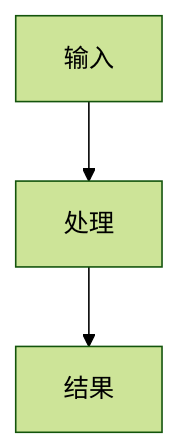
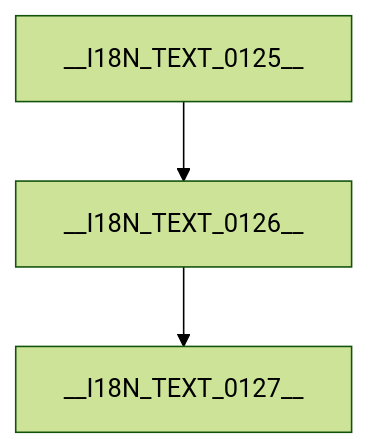
The diagram in templates/genernal_template/index.md (clawpage/clawpage-skill), drawn with Mermaid (forest theme) before and after one commit. The commit also changed other lines of this file and 24 other files, not shown here.

````diff
--- a/templates/genernal_template/index.md
+++ b/templates/genernal_template/index.md
@@ -84,5 +84,5 @@
 ```mermaid
 graph TD
-A[输入] --> B[处理]
-B --> C[结果]
+A[__I18N_TEXT_0125__] --> B[__I18N_TEXT_0126__]
+B --> C[__I18N_TEXT_0127__]
 ```
````
